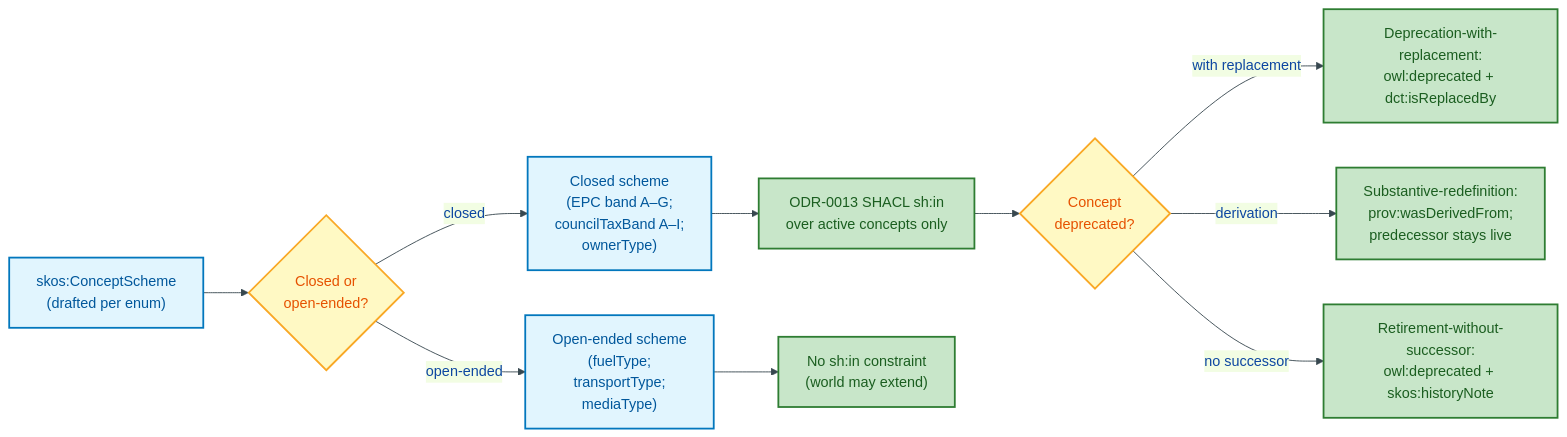
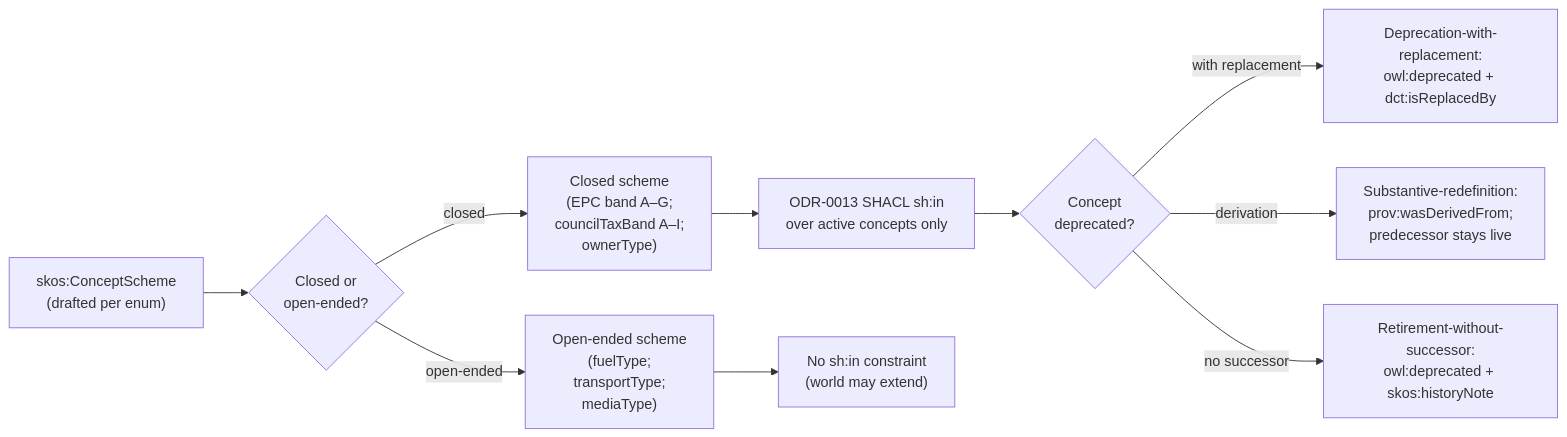
The third of 4 diagrams in docs/ontology/odr/ODR-0011-enumeration-vocabularies.md (sparkling/opda), drawn with Mermaid before and after one commit. The commit also changed other lines of this file and 25 other files, not shown here.

````diff
--- a/docs/ontology/odr/ODR-0011-enumeration-vocabularies.md
+++ b/docs/ontology/odr/ODR-0011-enumeration-vocabularies.md
@@ -232,32 +223,28 @@
 ```mermaid
-%%{init:{"theme":"base","themeVariables":{"primaryColor":"#E3F2FD","primaryTextColor":"#0D47A1","primaryBorderColor":"#1565C0","lineColor":"#37474F"}}}%%
 flowchart LR
     accTitle: Closed vs open-ended scheme and concept deprecation lifecycle
     accDescr: Flowchart showing how each scheme is flagged closed or open-ended during drafting, which downstream SHACL shape applies, and the three-case lifecycle for deprecated concepts.
-    classDef process fill:#E1F5FE,stroke:#0277BD,stroke-width:2px,color:#01579B
-    classDef decision fill:#FFF9C4,stroke:#F9A825,stroke-width:2px,color:#E65100
-    classDef output fill:#C8E6C9,stroke:#2E7D32,stroke-width:2px,color:#1B5E20
 
     SCH["skos:ConceptScheme<br/>(drafted per enum)"]:::process
-    FLAG{"Closed or<br/>open-ended?"}:::decision
+    FLAG{"Closed or<br/>open-ended?"}:::warning
     CL["Closed scheme<br/>(EPC band A–G;<br/>councilTaxBand A–I;<br/>ownerType)"]:::process
     OE["Open-ended scheme<br/>(fuelType;<br/>transportType;<br/>mediaType)"]:::process
-    SHIN["ODR-0013 SHACL sh:in<br/>over active concepts only"]:::output
-    NONE["No sh:in constraint<br/>(world may extend)"]:::output
+    SHIN["ODR-0013 SHACL sh:in<br/>over active concepts only"]:::success
+    NONE["No sh:in constraint<br/>(world may extend)"]:::success
 
     CL --> SHIN
     OE --> NONE
 
-    DEP{"Concept<br/>deprecated?"}:::decision
-    D1["Deprecation-with-replacement:<br/>owl:deprecated + dct:isReplacedBy"]:::output
-    D2["Substantive-redefinition:<br/>prov:wasDerivedFrom;<br/>predecessor stays live"]:::output
-    D3["Retirement-without-successor:<br/>owl:deprecated + skos:historyNote"]:::output
+    DEP{"Concept<br/>deprecated?"}:::warning
+    D1["Deprecation-with-replacement:<br/>owl:deprecated + dct:isReplacedBy"]:::success
+    D2["Substantive-redefinition:<br/>prov:wasDerivedFrom;<br/>predecessor stays live"]:::success
+    D3["Retirement-without-successor:<br/>owl:deprecated + skos:historyNote"]:::success
 
     SCH --> FLAG
     FLAG -->|"closed"| CL
     FLAG -->|"open-ended"| OE
     SHIN --> DEP
     DEP -->|"with replacement"| D1
     DEP -->|"derivation"| D2
     DEP -->|"no successor"| D3
 ```
````
